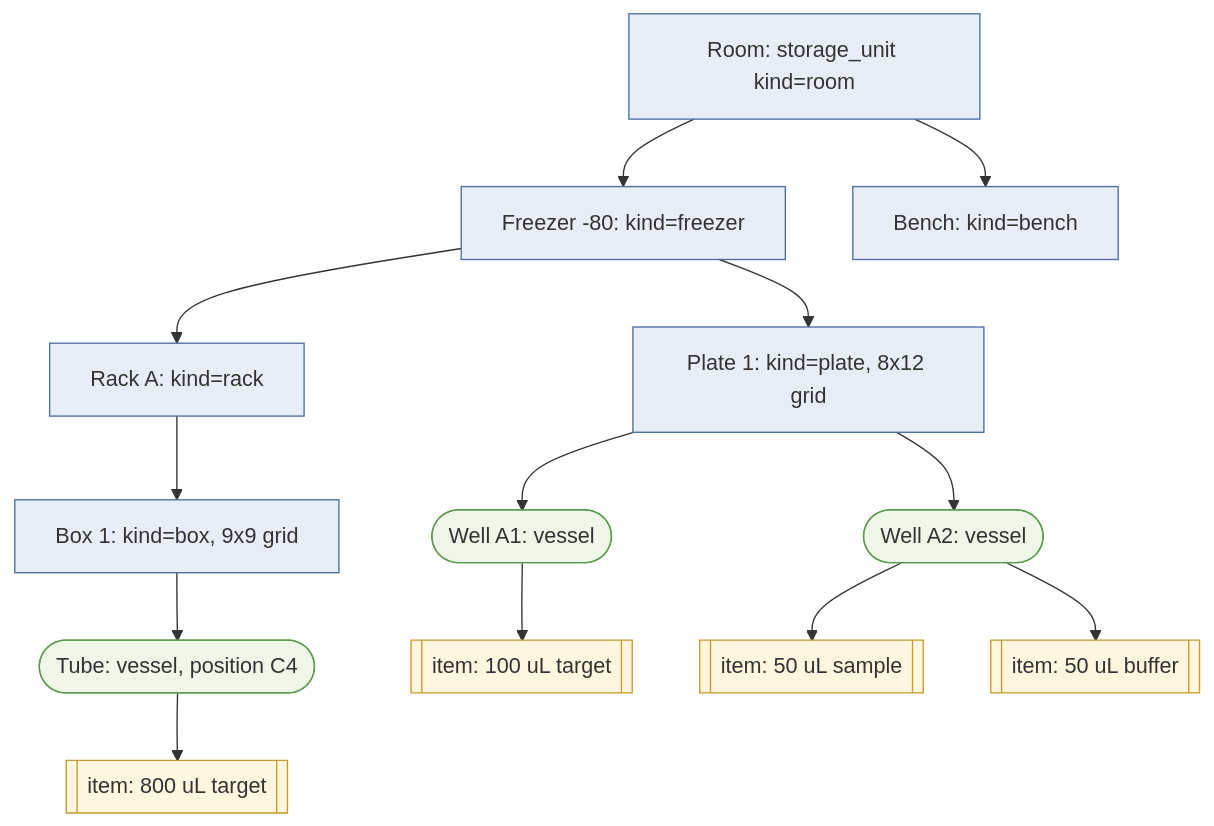
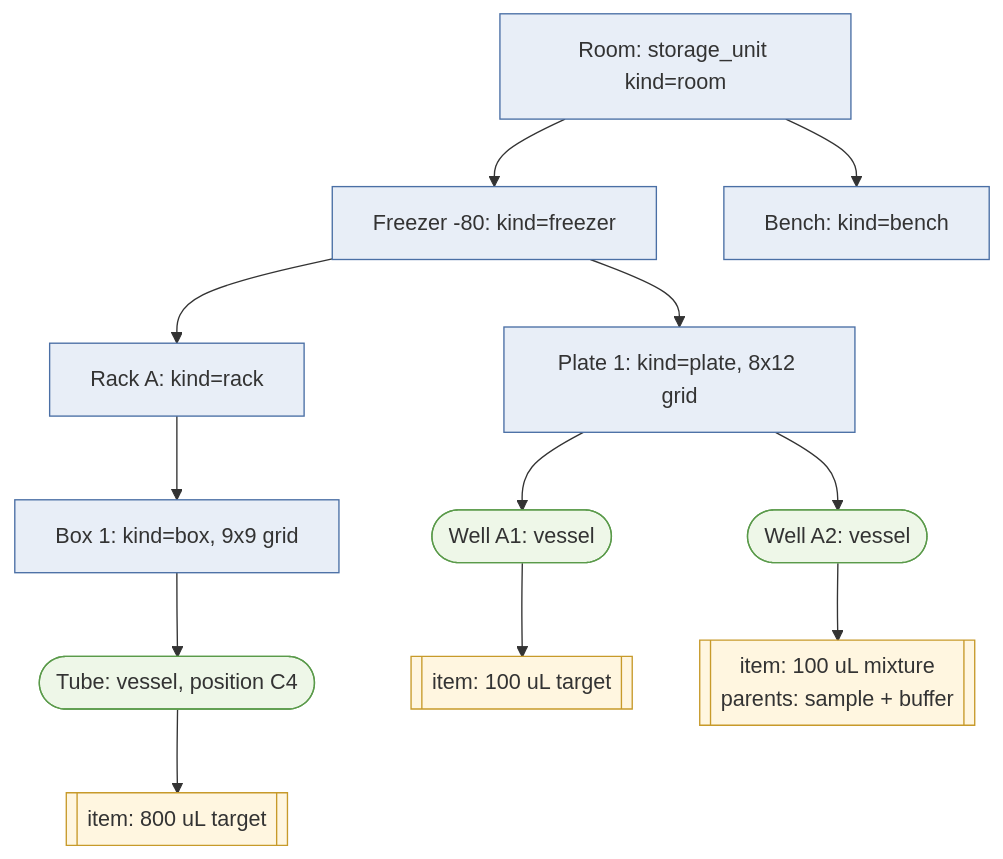
Before and after one commit to siggisigg/Adaptyv: the second of 8 diagrams in README.md, drawn with Mermaid. The commit also changed other lines of this file and 30 other files, not shown here.

````diff
--- a/README.md
+++ b/README.md
@@ -132,22 +166,22 @@
 ```mermaid
+%% file: location-hierarchy
 flowchart TD
     R[Room: storage_unit kind=room] --> F[Freezer -80: kind=freezer]
     R --> B[Bench: kind=bench]
     F --> K[Rack A: kind=rack]
     K --> X[Box 1: kind=box, 9x9 grid]
     F --> P[Plate 1: kind=plate, 8x12 grid]
     X --> T1([Tube: vessel, position C4])
     P --> W1([Well A1: vessel])
     P --> W2([Well A2: vessel])
     T1 --> I1[[item: 800 uL target]]
     W1 --> I2[[item: 100 uL target]]
-    W2 --> I3[[item: 50 uL sample]]
-    W2 --> I4[[item: 50 uL buffer]]
+    W2 --> I3[[item: 100 uL mixture<br/>parents: sample + buffer]]
 
     classDef su fill:#e8eef7,stroke:#4a6fa5
     classDef v fill:#eef7e8,stroke:#5a9a4a
     classDef it fill:#fff6e0,stroke:#c79a2a
     class R,F,B,K,X,P su
     class T1,W1,W2 v
-    class I1,I2,I3,I4 it
+    class I1,I2,I3 it
 ```
````
